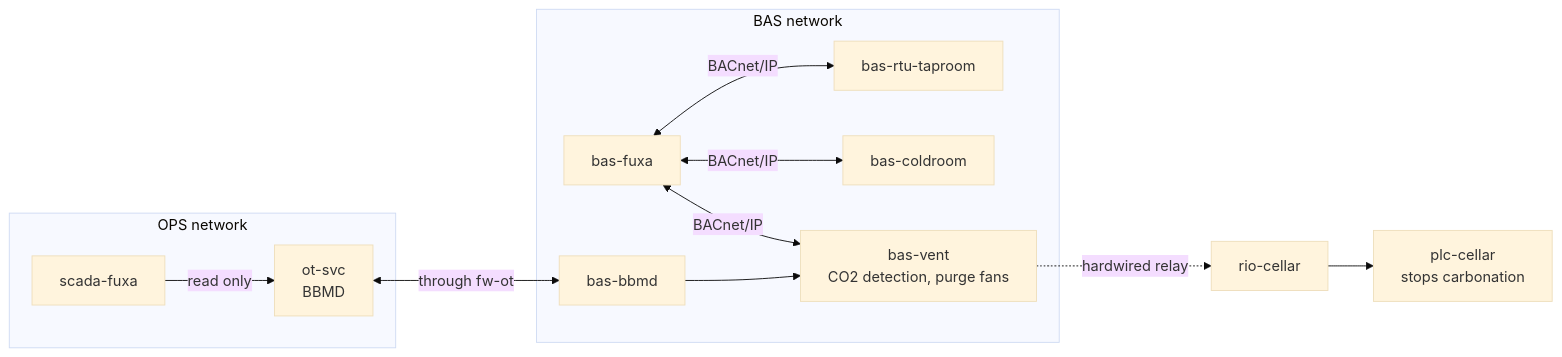
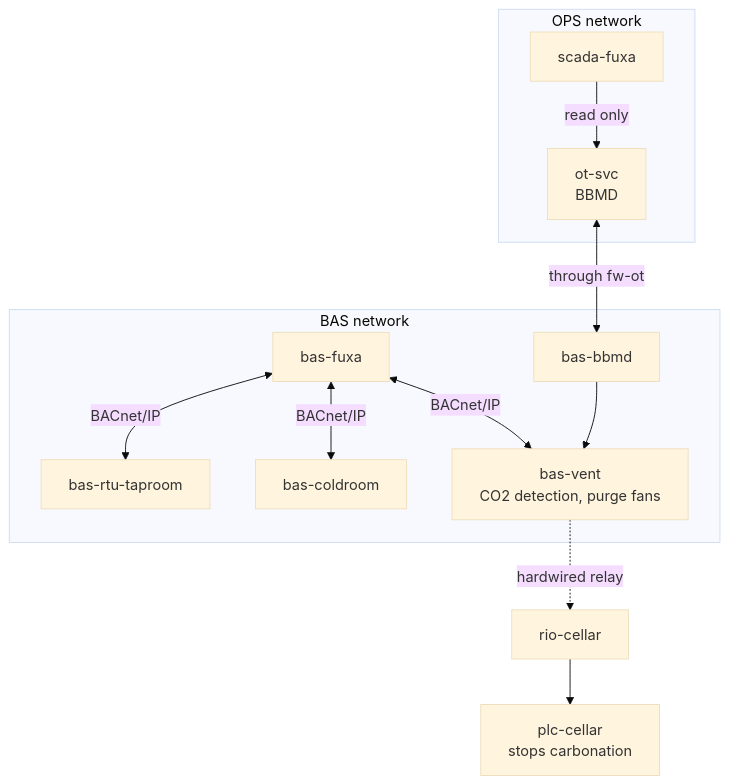
Diagram 11 of 16 in README.md (GhostofGoes/brew), drawn with Mermaid (base theme) before and after one commit. The commit also changed other lines of this file and 2 other files, not shown here.

First line of the commit message:
docs(cherrymountain): lay out ten diagrams so their text is readable on GitHub

````diff
--- a/README.md
+++ b/README.md
@@ -551,21 +554,21 @@
 ```mermaid
-flowchart LR
+flowchart TB
   subgraph BAS["BAS network"]
     BFX["bas-fuxa"]
     BBMD2["bas-bbmd"]
     RTU1["bas-rtu-taproom"]
     COLD["bas-coldroom"]
     VENT["bas-vent<br/>CO2 detection, purge fans"]
   end
   BFX <-- "BACnet/IP" --> RTU1
   BFX <-- "BACnet/IP" --> COLD
   BFX <-- "BACnet/IP" --> VENT
   subgraph OPS["OPS network"]
     SCADA["scada-fuxa"]
     BBMD1["ot-svc<br/>BBMD"]
   end
   SCADA -- "read only" --> BBMD1
   BBMD1 <-- "through fw-ot" --> BBMD2
   BBMD2 --> VENT
   VENT -. "hardwired relay" .-> RIO["rio-cellar"] --> PLC["plc-cellar<br/>stops carbonation"]
 ```
````
